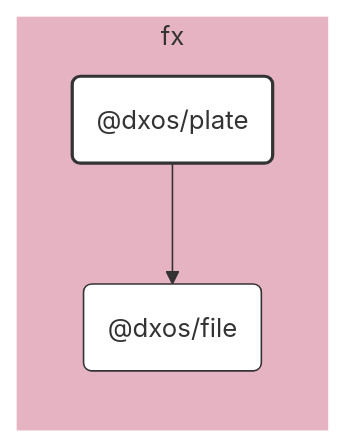
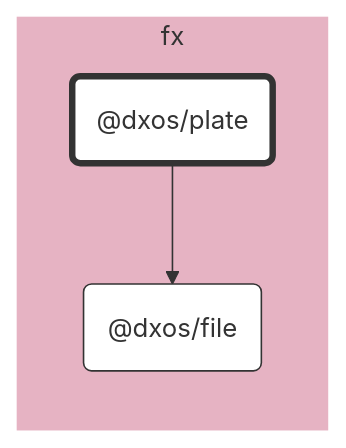
Before and after one commit to dxos/dxos: the diagram in packages/fx/plate/docs/README.md, drawn with Mermaid. The commit also changed 683 other files, not shown here.

````diff
--- a/packages/fx/plate/docs/README.md
+++ b/packages/fx/plate/docs/README.md
@@ -7,29 +7,23 @@
 ```mermaid
 %%{ init: {'flowchart':{'curve':'basis'}} }%%
 
 flowchart LR
 
-%% Links
-dxos/plate --> dxos/file;
+%% Classes
+classDef def fill:#fff,stroke:#333,stroke-width:1px
+classDef root fill:#fff,stroke:#333,stroke-width:4px
 
-%% Sections
-subgraph fx
-  style fx fill:#e6b3c3,stroke:#fff;
+%% Nodes
 
-  dxos/file("@dxos/file")
-  dxos/plate("@dxos/plate")
+subgraph fx [fx]
+  style fx fill:#e6b3c3,stroke:#fff
+  dxos/plate("@dxos/plate"):::root
+  click dxos/plate "dxos/dxos/tree/main/packages/fx/plate/docs"
+  dxos/file("@dxos/file"):::def
+  click dxos/file "dxos/dxos/tree/main/packages/fx/file/docs"
 end
 
-
-%% Hyperlinks
-click dxos/file "dxos/dxos/tree/main/packages/fx/file/docs";
-
-%% Styles
-classDef rootNode fill:#fff,stroke:#333,stroke-width:2px
-classDef defaultNode fill:#fff,stroke:#333,stroke-width:1px
+%% Links
 linkStyle default stroke:#333,stroke-width:1px
-
-dxos/plate:::rootNode
-
-dxos/file:::defaultNode
+dxos/plate --> dxos/file
 ```
````
